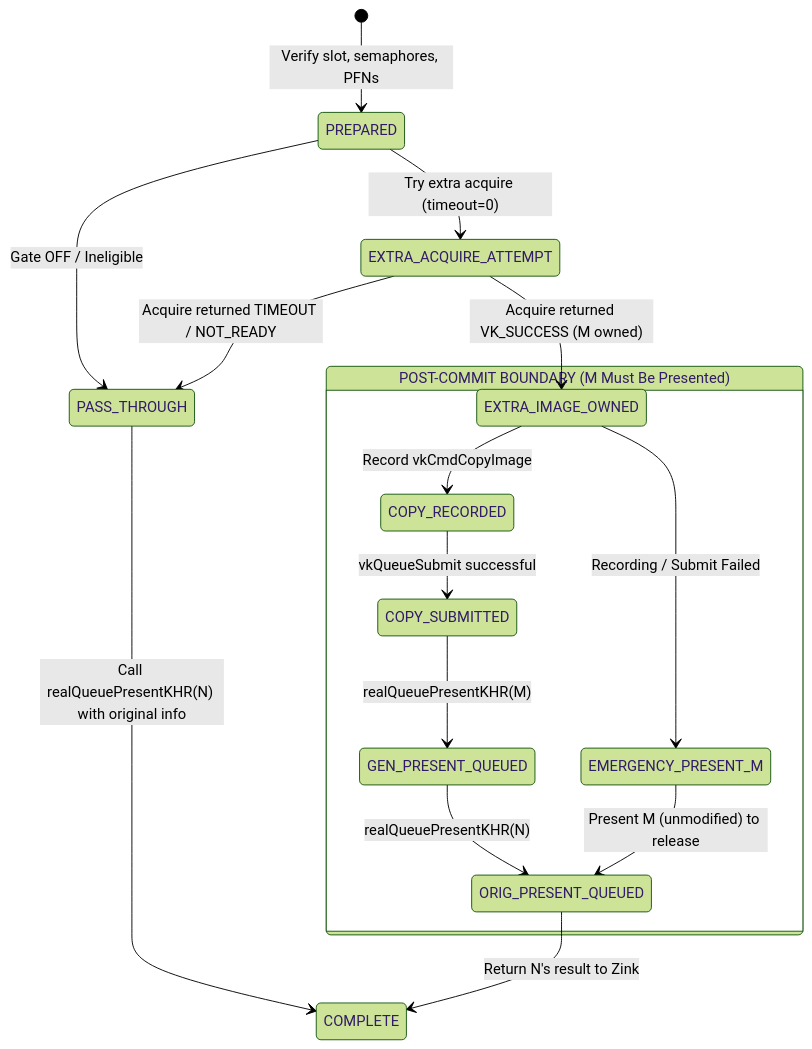
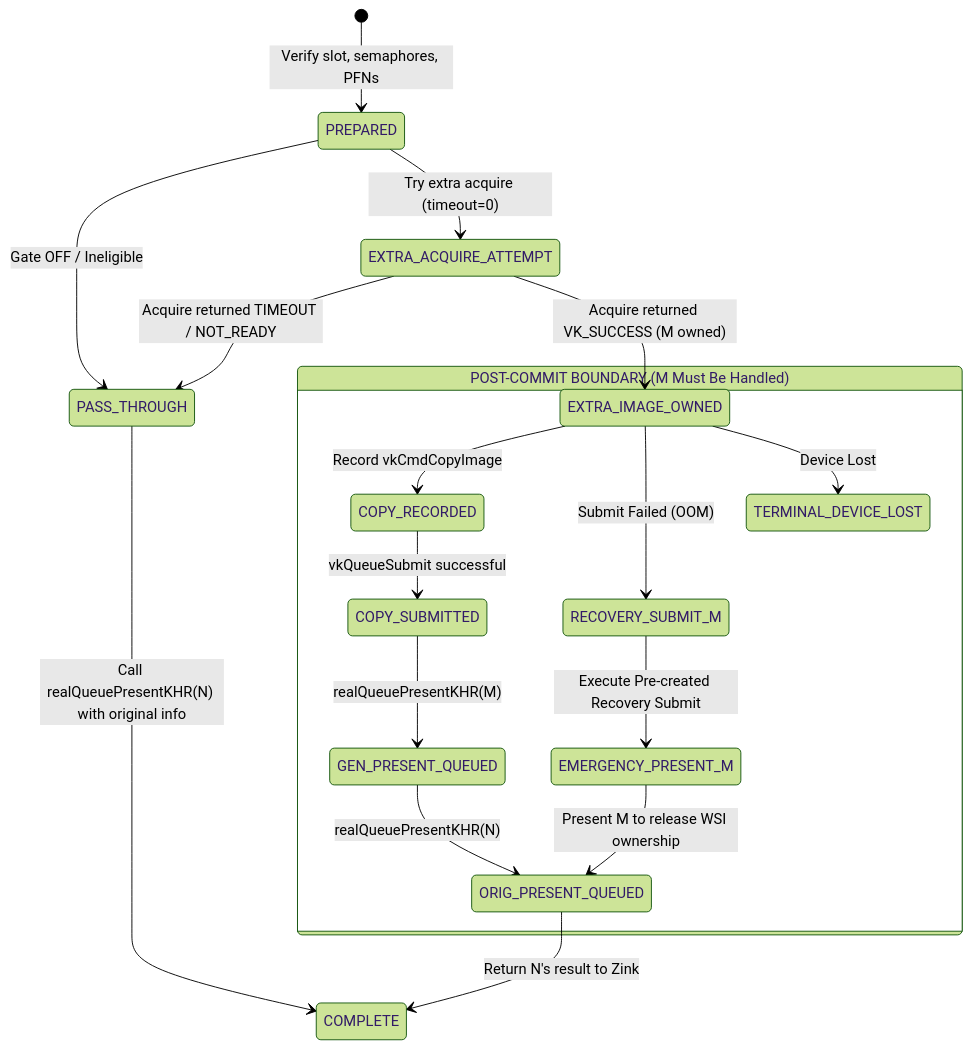
The second of 2 diagrams in docs/superpowers/specs/2026-08-28-lsfg-v2b1-duplicate-frame-active-transport-design.md (vairacing-tech/superresolution), drawn with Mermaid (forest theme) before and after one commit. The commit also changed other lines of this file, not shown here.

````diff
--- a/docs/superpowers/specs/2026-08-28-lsfg-v2b1-duplicate-frame-active-transport-design.md
+++ b/docs/superpowers/specs/2026-08-28-lsfg-v2b1-duplicate-frame-active-transport-design.md
@@ -208,22 +253,25 @@
 ```mermaid
 stateDiagram-v2
     [*] --> PREPARED: Verify slot, semaphores, PFNs
     PREPARED --> PASS_THROUGH: Gate OFF / Ineligible
     PREPARED --> EXTRA_ACQUIRE_ATTEMPT: Try extra acquire (timeout=0)
 
     EXTRA_ACQUIRE_ATTEMPT --> PASS_THROUGH: Acquire returned TIMEOUT / NOT_READY
     EXTRA_ACQUIRE_ATTEMPT --> EXTRA_IMAGE_OWNED: Acquire returned VK_SUCCESS (M owned)
 
-    state "POST-COMMIT BOUNDARY (M Must Be Presented)" as PostCommit {
+    state "POST-COMMIT BOUNDARY (M Must Be Handled)" as PostCommit {
         EXTRA_IMAGE_OWNED --> COPY_RECORDED: Record vkCmdCopyImage
         COPY_RECORDED --> COPY_SUBMITTED: vkQueueSubmit successful
         COPY_SUBMITTED --> GEN_PRESENT_QUEUED: realQueuePresentKHR(M)
         GEN_PRESENT_QUEUED --> ORIG_PRESENT_QUEUED: realQueuePresentKHR(N)
 
-        EXTRA_IMAGE_OWNED --> EMERGENCY_PRESENT_M: Recording / Submit Failed
-        EMERGENCY_PRESENT_M --> ORIG_PRESENT_QUEUED: Present M (unmodified) to release
+        EXTRA_IMAGE_OWNED --> RECOVERY_SUBMIT_M: Submit Failed (OOM)
+        RECOVERY_SUBMIT_M --> EMERGENCY_PRESENT_M: Execute Pre-created Recovery Submit
+        EMERGENCY_PRESENT_M --> ORIG_PRESENT_QUEUED: Present M to release WSI ownership
+
+        EXTRA_IMAGE_OWNED --> TERMINAL_DEVICE_LOST: Device Lost
     }
 
     ORIG_PRESENT_QUEUED --> COMPLETE: Return N's result to Zink
     PASS_THROUGH --> COMPLETE: Call realQueuePresentKHR(N) with original info
 ```
````
